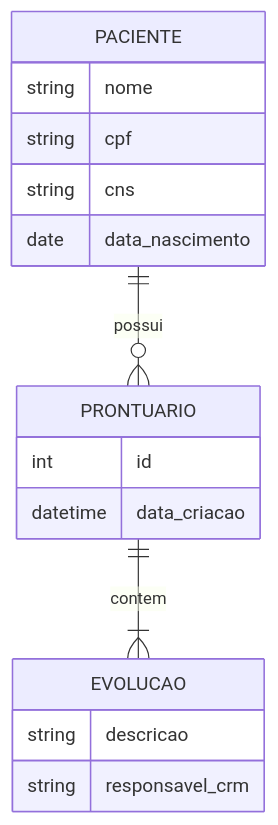
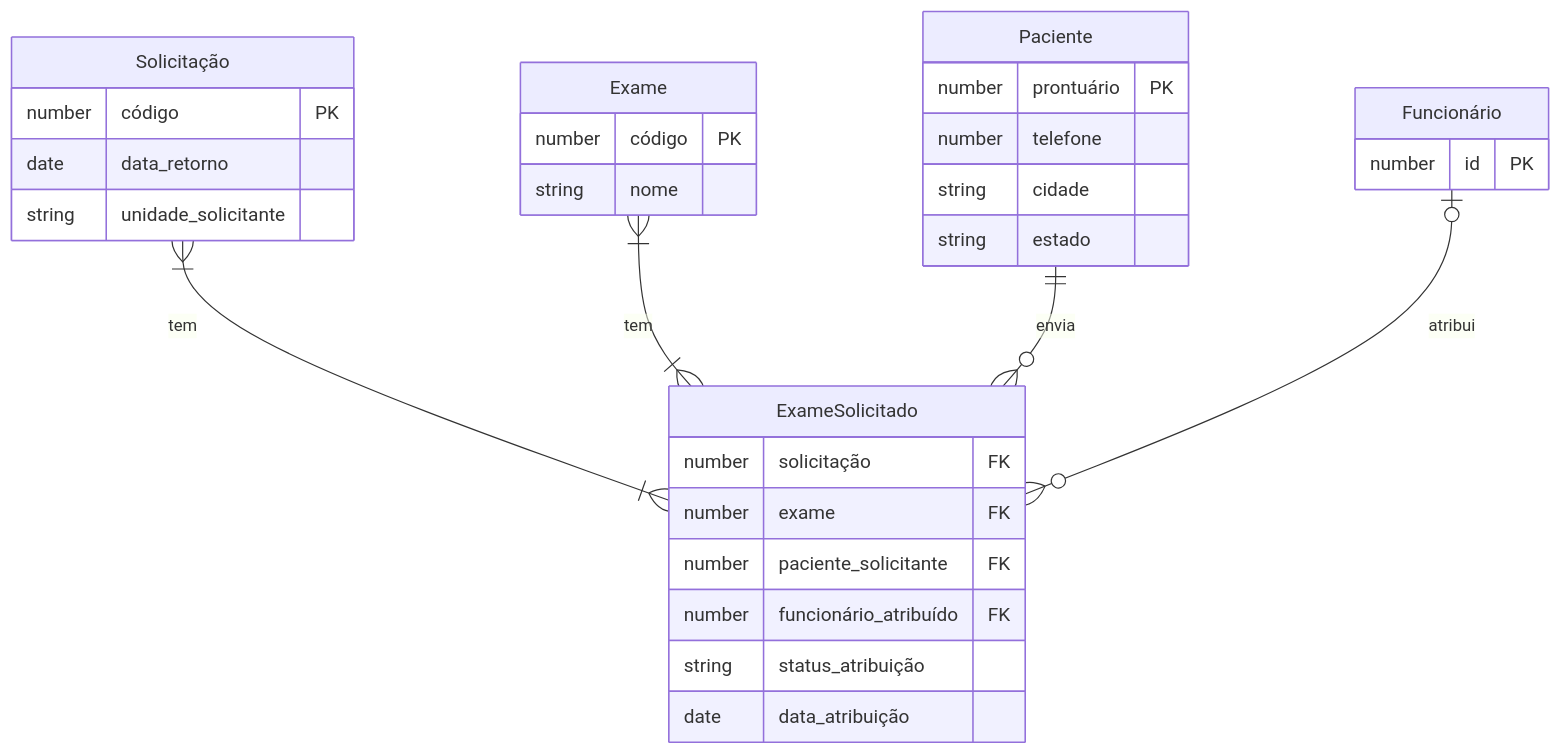
The diagram in docs/spec/04-modelo-de-dados.md (lgns-cin/marcacao-hc), drawn with Mermaid before and after one commit.

Commit message:
adiciona diagrama ER à documentação do modelo de dados

````diff
--- a/docs/spec/04-modelo-de-dados.md
+++ b/docs/spec/04-modelo-de-dados.md
@@ -4,19 +4,39 @@
 ```mermaid
 erDiagram
-    PACIENTE ||--o{ PRONTUARIO : possui
-    PACIENTE {
-        string nome
-        string cpf
-        string cns
-        date data_nascimento
-    }
-    PRONTUARIO ||--|{ EVOLUCAO : contem
-    PRONTUARIO {
-        int id
-        datetime data_criacao
-    }
-    EVOLUCAO {
-        string descricao
-        string responsavel_crm
-    }
+	direction TB
+	Paciente {
+		number prontuário PK
+		number telefone 
+		string cidade  
+		string estado  
+	}
+
+	Solicitação {
+		number código PK
+		date data_retorno
+		string unidade_solicitante
+	}
+
+	Exame {
+		number código PK
+		string nome
+	}
+
+	Funcionário {
+		number id PK
+	}
+
+	ExameSolicitado {
+		number solicitação FK
+		number exame FK
+        number paciente_solicitante FK
+        number funcionário_atribuído FK
+        string status_atribuição
+        date data_atribuição
+	}
+
+	Solicitação }|--|{ ExameSolicitado : "tem"
+	Exame }|--|{ ExameSolicitado : "tem"
+	Paciente ||--o{ ExameSolicitado : "envia"
+    Funcionário |o--o{ ExameSolicitado : "atribui"
 ```
````
